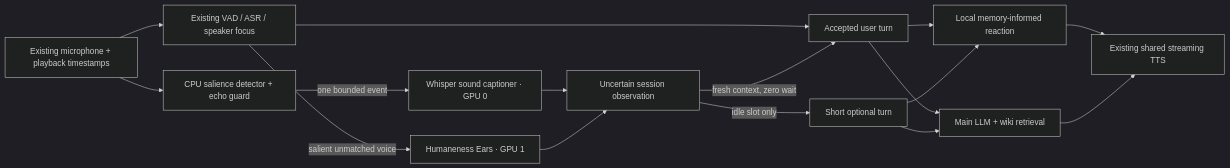
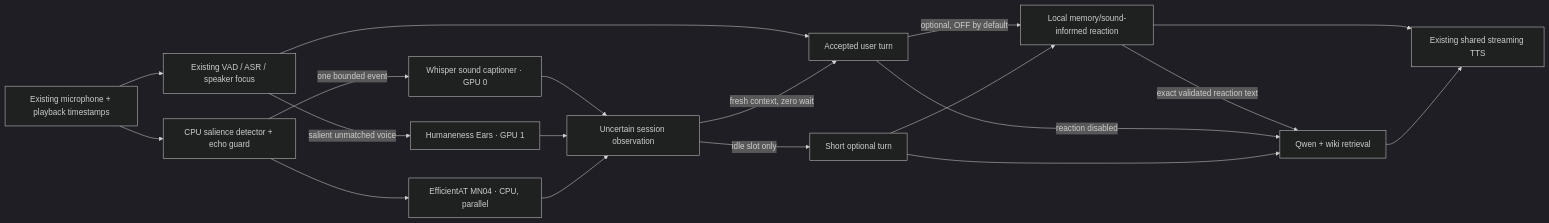
One commit to LAION-AI/Humaneness-Voice changed the diagram in robby/PROACTIVE_ENVIRONMENT.md. Above: the diagram before and after it, drawn with Mermaid (dark theme). The commit also changed other lines of this file and 88 other files, not shown here.

````diff
--- a/robby/PROACTIVE_ENVIRONMENT.md
+++ b/robby/PROACTIVE_ENVIRONMENT.md
@@ -41,18 +46,21 @@
 ```mermaid
 flowchart LR
   Mic[Existing microphone + playback timestamps] --> ASR[Existing VAD / ASR / speaker focus]
   Mic --> Salience[CPU salience detector + echo guard]
   Salience -->|one bounded event| Whisper[Whisper sound captioner · GPU 0]
   ASR -->|salient unmatched voice| Ears[Humaneness Ears · GPU 1]
   ASR --> User[Accepted user turn]
   Whisper --> Observation[Uncertain session observation]
   Ears --> Observation
   Observation -->|fresh context, zero wait| User
   Observation -->|idle slot only| Proactive[Short optional turn]
-  User --> Local[Local memory-informed reaction]
-  User --> Main[Main LLM + wiki retrieval]
+  Salience --> Events[EfficientAT MN04 · CPU, parallel]
+  Events --> Observation
+  User -->|optional, OFF by default| Local[Local memory/sound-informed reaction]
+  Local -->|exact validated reaction text| Main[Qwen + wiki retrieval]
+  User -->|reaction disabled| Main
   Proactive --> Local
   Proactive --> Main
   Local --> TTS[Existing shared streaming TTS]
   Main --> TTS
 ```
````
